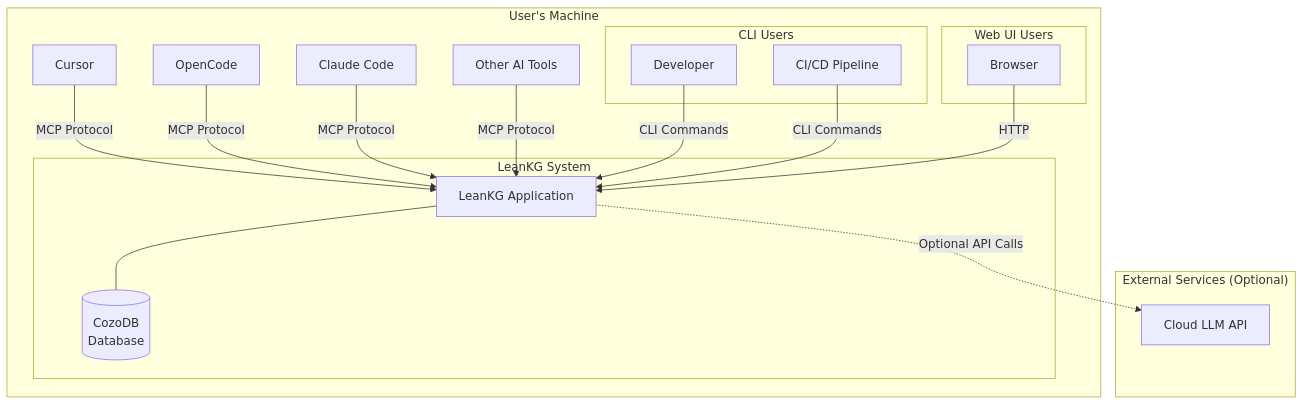
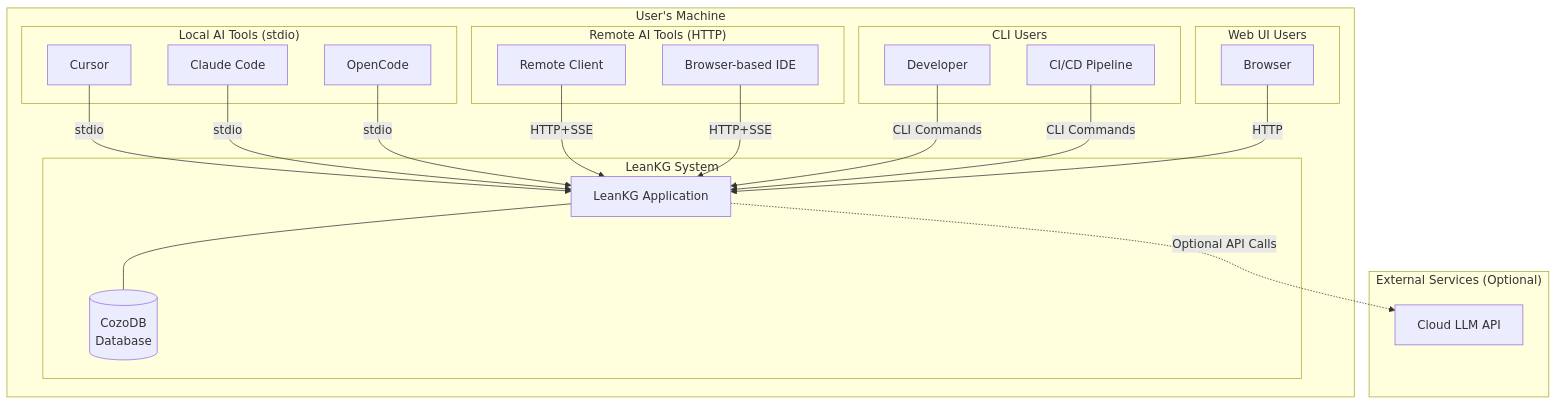
Before and after one commit to hossihub/LeanKG: the first of 13 diagrams in docs/design/hld-leankg.md, drawn with Mermaid. The commit also changed other lines of this file and 1 other file, not shown here.

First line of the commit message:
docs: add MCP HTTP transport planning (v1.22)

````diff
--- a/docs/design/hld-leankg.md
+++ b/docs/design/hld-leankg.md
@@ -124,40 +143,48 @@
 ```mermaid
 graph TB
     subgraph "User's Machine"
         subgraph "LeanKG System"
             KG[LeanKG Application]
             DB[(CozoDB<br/>Database)]
             KG --- DB
         end
-        
-        AI1[Cursor]
-        AI2[OpenCode]
-        AI3[Claude Code]
-        AI4[Other AI Tools]
-        
+
+        subgraph "Local AI Tools (stdio)"
+            AI1[Cursor]
+            AI2[Claude Code]
+            AI3[OpenCode]
+        end
+
+        subgraph "Remote AI Tools (HTTP)"
+            AI4[Remote Client]
+            AI5[Browser-based IDE]
+        end
+
         subgraph "CLI Users"
             Dev[Developer]
             CI[CI/CD Pipeline]
         end
-        
+
         subgraph "Web UI Users"
             Browser[Browser]
         end
     end
-    
-    AI1 -->|MCP Protocol| KG
-    AI2 -->|MCP Protocol| KG
-    AI3 -->|MCP Protocol| KG
-    AI4 -->|MCP Protocol| KG
-    
+
+    AI1 -->|stdio| KG
+    AI2 -->|stdio| KG
+    AI3 -->|stdio| KG
+
+    AI4 -->|HTTP+SSE| KG
+    AI5 -->|HTTP+SSE| KG
+
     Dev -->|CLI Commands| KG
     CI -->|CLI Commands| KG
-    
+
     Browser -->|HTTP| KG
-    
+
     subgraph "External Services (Optional)"
         LLM[Cloud LLM API]
     end
-    
+
     KG -.->|Optional API Calls| LLM
 ```
````
